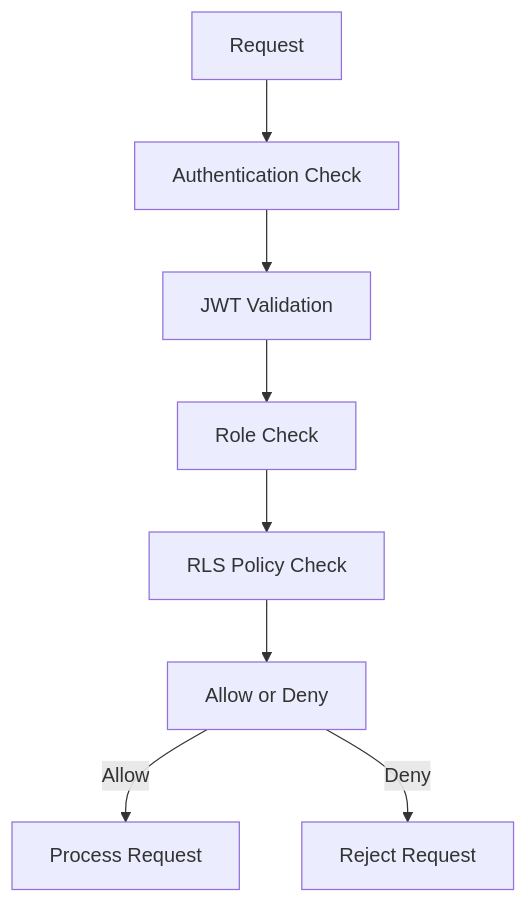
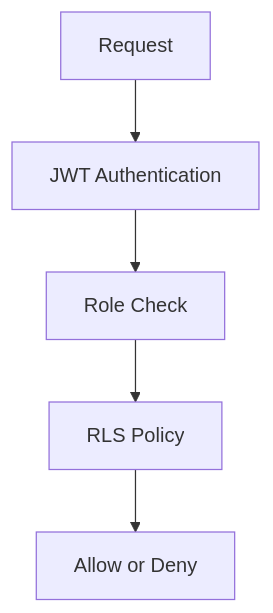
Diagram 12 of 13 in README.md (vanshrajputcodes/Flowsense), drawn with Mermaid before and after one commit. The commit also changed other lines of this file, not shown here.

````diff
--- a/README.md
+++ b/README.md
@@ -182,13 +214,7 @@
 ```mermaid
 flowchart TD
-    A[Request] --> B[Authentication Check]
-    B --> C[JWT Validation]
-
-    C --> D[Role Check]
-    D --> E[RLS Policy Check]
-
-    E --> F[Allow or Deny]
-
-    F -->|Allow| G[Process Request]
-    F -->|Deny| H[Reject Request]
+    A[Request] --> B[JWT Authentication]
+    B --> C[Role Check]
+    C --> D[RLS Policy]
+    D --> E[Allow or Deny]
 ```
````
